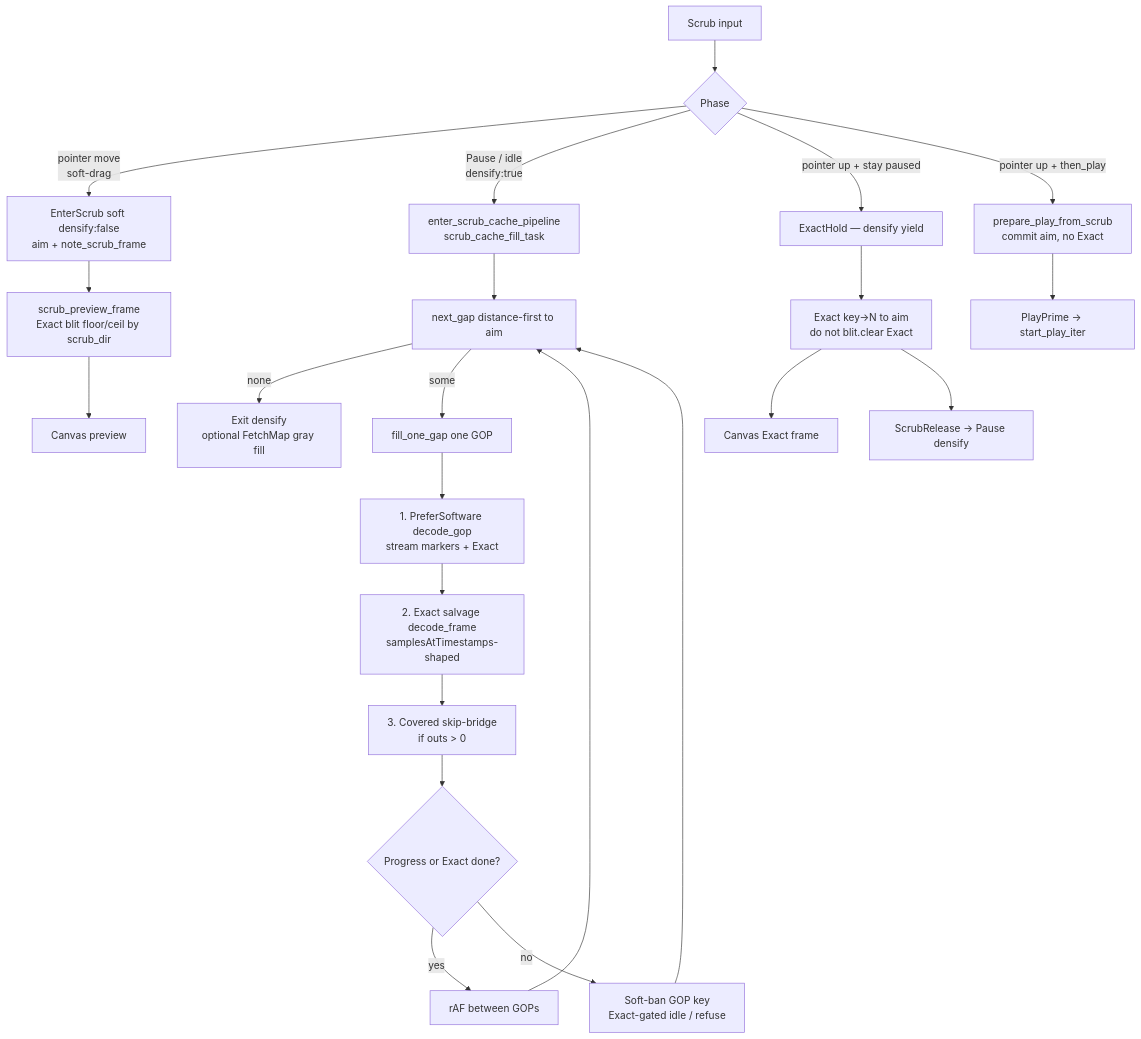
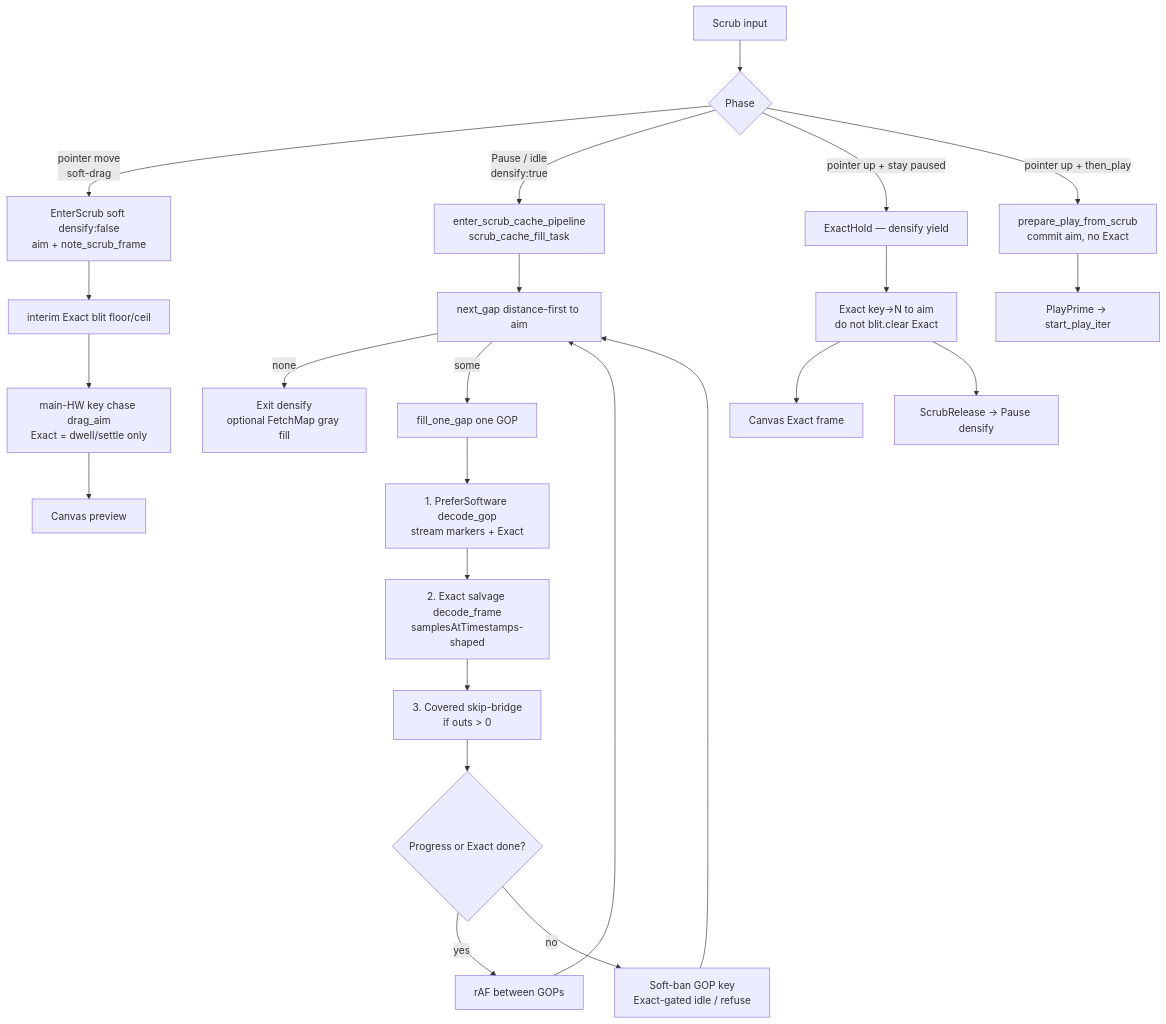
Before and after one commit to alexantoshuk/fpmedia-web: the third of 4 diagrams in .ai/architecture.md, drawn with Mermaid. The commit also changed other lines of this file and 12 other files, not shown here.

First line of the commit message:
fix(player): soft-drag main-HW key chase without cancel-per-move

````diff
--- a/.ai/architecture.md
+++ b/.ai/architecture.md
@@ -209,25 +209,26 @@
 ```mermaid
 flowchart TD
   IN["Scrub input"] --> KIND{Phase}
   KIND -->|"pointer move<br/>soft-drag"| SD["EnterScrub soft densify:false<br/>aim + note_scrub_frame"]
-  SD --> PREV["scrub_preview_frame<br/>Exact blit floor/ceil by scrub_dir"]
-  PREV --> CANVAS1["Canvas preview"]
+  SD --> PREV["interim Exact blit floor/ceil"]
+  PREV --> DRAGEX["main-HW key chase drag_aim<br/>Exact = dwell/settle only"]
+  DRAGEX --> CANVAS1["Canvas preview"]
   KIND -->|"Pause / idle<br/>densify:true"| DZ["enter_scrub_cache_pipeline<br/>scrub_cache_fill_task"]
   DZ --> GAP["next_gap distance-first to aim"]
   GAP -->|none| STOP["Exit densify<br/>optional FetchMap gray fill"]
   GAP -->|some| FILL["fill_one_gap one GOP"]
   FILL --> G1["1. PreferSoftware decode_gop<br/>stream markers + Exact"]
   G1 --> G2["2. Exact salvage decode_frame<br/>samplesAtTimestamps-shaped"]
   G2 --> G3["3. Covered skip-bridge<br/>if outs > 0"]
   G3 --> PROG{"Progress or Exact done?"}
   PROG -->|yes| YIELD["rAF between GOPs"]
   PROG -->|no| BAN["Soft-ban GOP key<br/>Exact-gated idle / refuse"]
   YIELD --> GAP
   BAN --> GAP
   KIND -->|"pointer up + stay paused"| ST["ExactHold — densify yield"]
   ST --> EXN["Exact key→N to aim<br/>do not blit.clear Exact"]
   EXN --> CANVAS2["Canvas Exact frame"]
   EXN --> REARM["ScrubRelease → Pause densify"]
   KIND -->|"pointer up + then_play"| PP["prepare_play_from_scrub<br/>commit aim, no Exact"]
   PP --> PRIME["PlayPrime → start_play_iter"]
 ```
````
